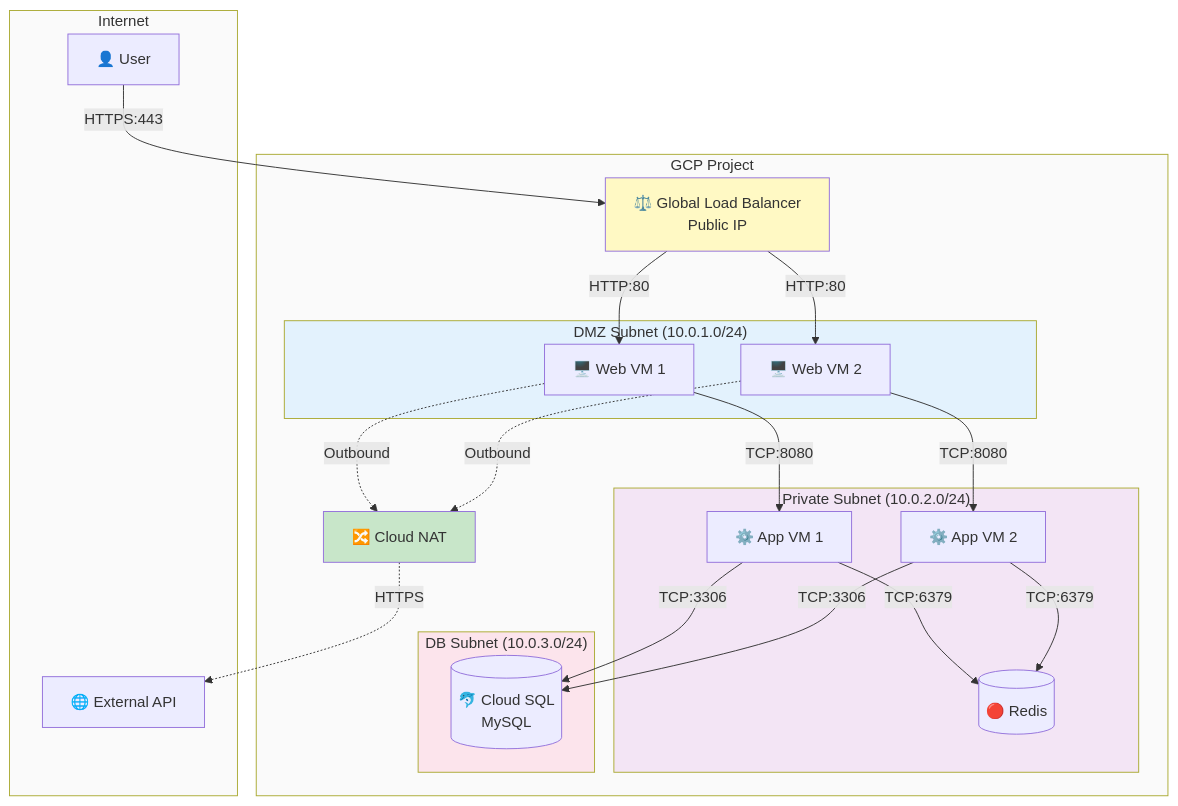
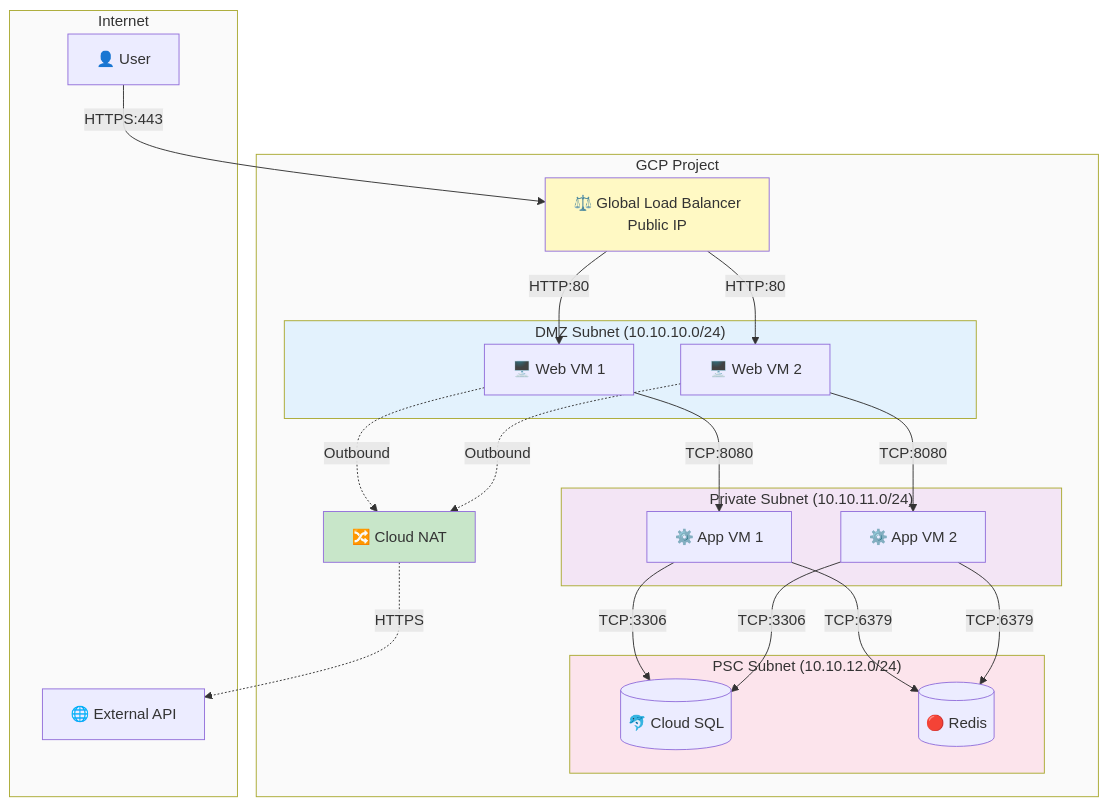
Before and after one commit to JSJ2337/GCP_terraform_code: the second of 9 diagrams in terraform_gcp_infra/docs/architecture/network-design.md, drawn with Mermaid. The commit also changed other lines of this file, not shown here.

````diff
--- a/terraform_gcp_infra/docs/architecture/network-design.md
+++ b/terraform_gcp_infra/docs/architecture/network-design.md
@@ -200,52 +193,52 @@
 ```mermaid
 %%{init: {'theme': 'default'}}%%
 flowchart TB
     subgraph Internet["Internet"]
         USER[👤 User]
         API[🌐 External API]
     end
 
     subgraph GCP["GCP Project"]
         LB[⚖️ Global Load Balancer<br/>Public IP]
         NAT[🔀 Cloud NAT]
 
-        subgraph DMZ["DMZ Subnet (10.0.1.0/24)"]
+        subgraph DMZ["DMZ Subnet (10.10.10.0/24)"]
             WEB1[🖥️ Web VM 1]
             WEB2[🖥️ Web VM 2]
         end
 
-        subgraph Private["Private Subnet (10.0.2.0/24)"]
+        subgraph Private["Private Subnet (10.10.11.0/24)"]
             APP1[⚙️ App VM 1]
             APP2[⚙️ App VM 2]
-            REDIS[(🔴 Redis)]
         end
 
-        subgraph DB["DB Subnet (10.0.3.0/24)"]
-            SQL[(🐬 Cloud SQL<br/>MySQL)]
+        subgraph PSC["PSC Subnet (10.10.12.0/24)"]
+            SQL[(🐬 Cloud SQL)]
+            REDIS[(🔴 Redis)]
         end
     end
 
     %% Ingress Flow
     USER -->|HTTPS:443| LB
     LB -->|HTTP:80| WEB1
     LB -->|HTTP:80| WEB2
     WEB1 -->|TCP:8080| APP1
     WEB2 -->|TCP:8080| APP2
     APP1 -->|TCP:6379| REDIS
     APP2 -->|TCP:6379| REDIS
     APP1 -->|TCP:3306| SQL
     APP2 -->|TCP:3306| SQL
 
     %% Egress Flow
     WEB1 -.->|Outbound| NAT
     WEB2 -.->|Outbound| NAT
     NAT -.->|HTTPS| API
 
     style Internet fill:#fafafa
     style GCP fill:#fafafa
     style DMZ fill:#e3f2fd
     style Private fill:#f3e5f5
-    style DB fill:#fce4ec
+    style PSC fill:#fce4ec
     style LB fill:#fff9c4
     style NAT fill:#c8e6c9
 ```
````
